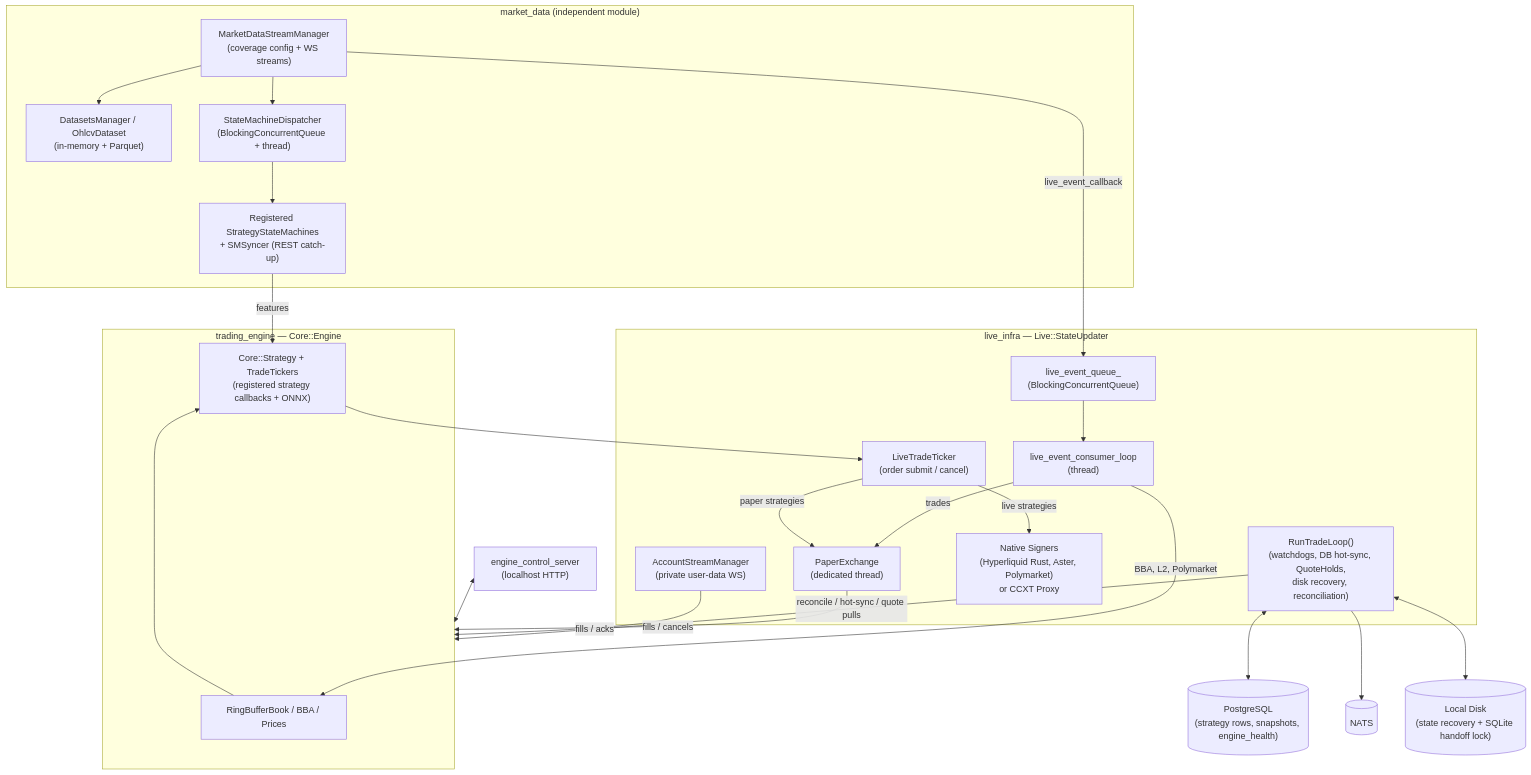
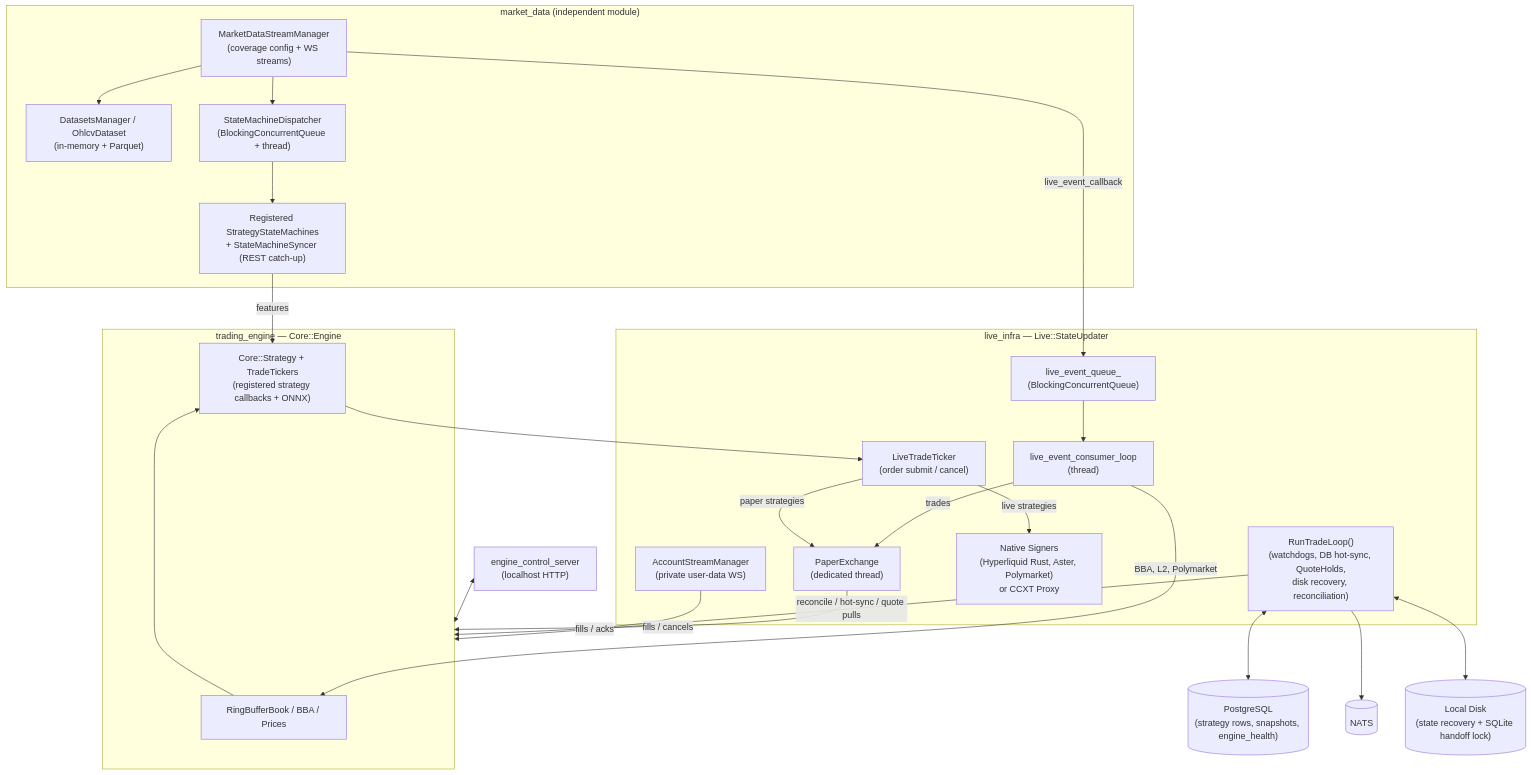
Before and after one commit to JNeuvonen/keronisengine: the second of 3 diagrams in docs/architecture.md, drawn with Mermaid. The commit also changed other lines of this file and 16 other files, not shown here.

````diff
--- a/docs/architecture.md
+++ b/docs/architecture.md
@@ -36,47 +36,47 @@
 ```mermaid
 flowchart TB
     subgraph MD ["market_data (independent module)"]
         MSM["MarketDataStreamManager<br/>(coverage config + WS streams)"]
         DS["DatasetsManager / OhlcvDataset<br/>(in-memory + Parquet)"]
         SMD["StateMachineDispatcher<br/>(BlockingConcurrentQueue + thread)"]
-        SM["Registered StrategyStateMachines<br/>+ SMSyncer (REST catch-up)"]
+        SM["Registered StrategyStateMachines<br/>+ StateMachineSyncer (REST catch-up)"]
         MSM --> DS
         MSM --> SMD --> SM
     end
 
     subgraph SU ["live_infra — Live::StateUpdater"]
         Q["live_event_queue_<br/>(BlockingConcurrentQueue)"]
         CONS["live_event_consumer_loop<br/>(thread)"]
         LOOP["RunTradeLoop()<br/>(watchdogs, DB hot-sync, QuoteHolds,<br/>disk recovery, reconciliation)"]
         LTT["LiveTradeTicker<br/>(order submit / cancel)"]
         PE["PaperExchange<br/>(dedicated thread)"]
         EX["Native Signers<br/>(Hyperliquid Rust, Aster, Polymarket)<br/>or CCXT Proxy"]
         ASM["AccountStreamManager<br/>(private user-data WS)"]
     end
 
     subgraph CORE ["trading_engine — Core::Engine"]
         BOOK["RingBufferBook / BBA / Prices"]
         STRAT["Core::Strategy + TradeTickers<br/>(registered strategy callbacks + ONNX)"]
     end
 
     PG[("PostgreSQL<br/>(strategy rows, snapshots, engine_health)")]
     NATS[("NATS")]
     DISK[("Local Disk<br/>(state recovery + SQLite handoff lock)")]
     ECS["engine_control_server<br/>(localhost HTTP)"]
 
     MSM -- "live_event_callback" --> Q --> CONS
     CONS -- "BBA, L2, Polymarket" --> BOOK
     CONS -- "trades" --> PE
     SM -- "features" --> STRAT
     BOOK --> STRAT
     STRAT --> LTT
     LTT -- "paper strategies" --> PE
     LTT -- "live strategies" --> EX
     PE -- "fills / cancels" --> CORE
     ASM -- "fills / acks" --> CORE
     LOOP <--> PG
     LOOP <--> DISK
     LOOP --> NATS
     LOOP -- "reconcile / hot-sync / quote pulls" --> CORE
     ECS <--> CORE
 ```
````
